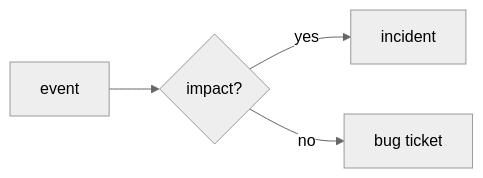
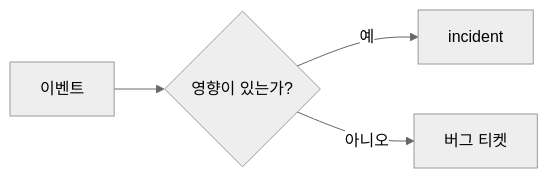
The diagram in content/incident-response-101/ko/01-what-is-incident.md (yeongseon-books/book-content), drawn with Mermaid (neutral theme) before and after one commit. The commit also changed other lines of this file and 5 other files, not shown here.

````diff
--- a/content/incident-response-101/ko/01-what-is-incident.md
+++ b/content/incident-response-101/ko/01-what-is-incident.md
@@ -33,6 +57,6 @@
 ```mermaid
 flowchart LR
-    Event["event"] --> Filter{"impact?"}
-    Filter -->|yes| Inc["incident"]
-    Filter -->|no| Bug["bug ticket"]
+    Event["이벤트"] --> Filter{"영향이 있는가?"}
+    Filter -->|예| Inc["incident"]
+    Filter -->|아니오| Bug["버그 티켓"]
 ```
````
